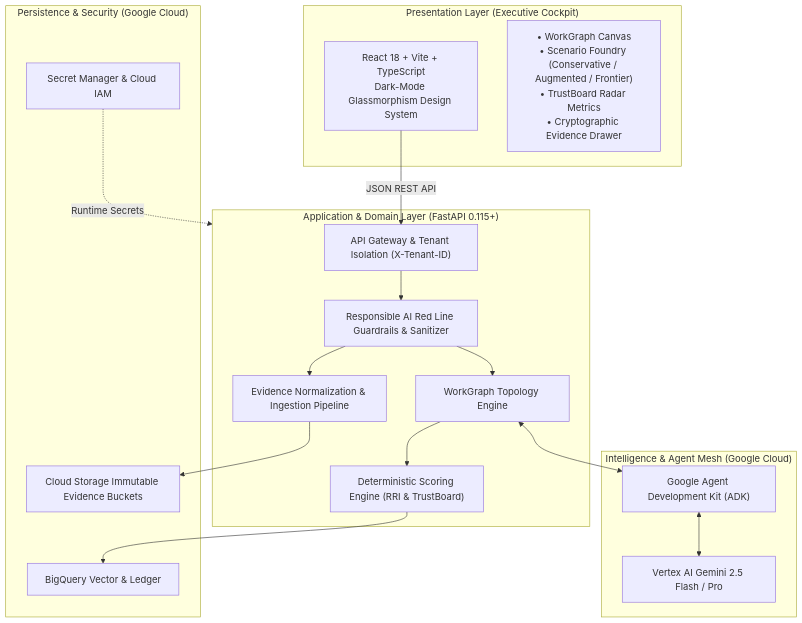
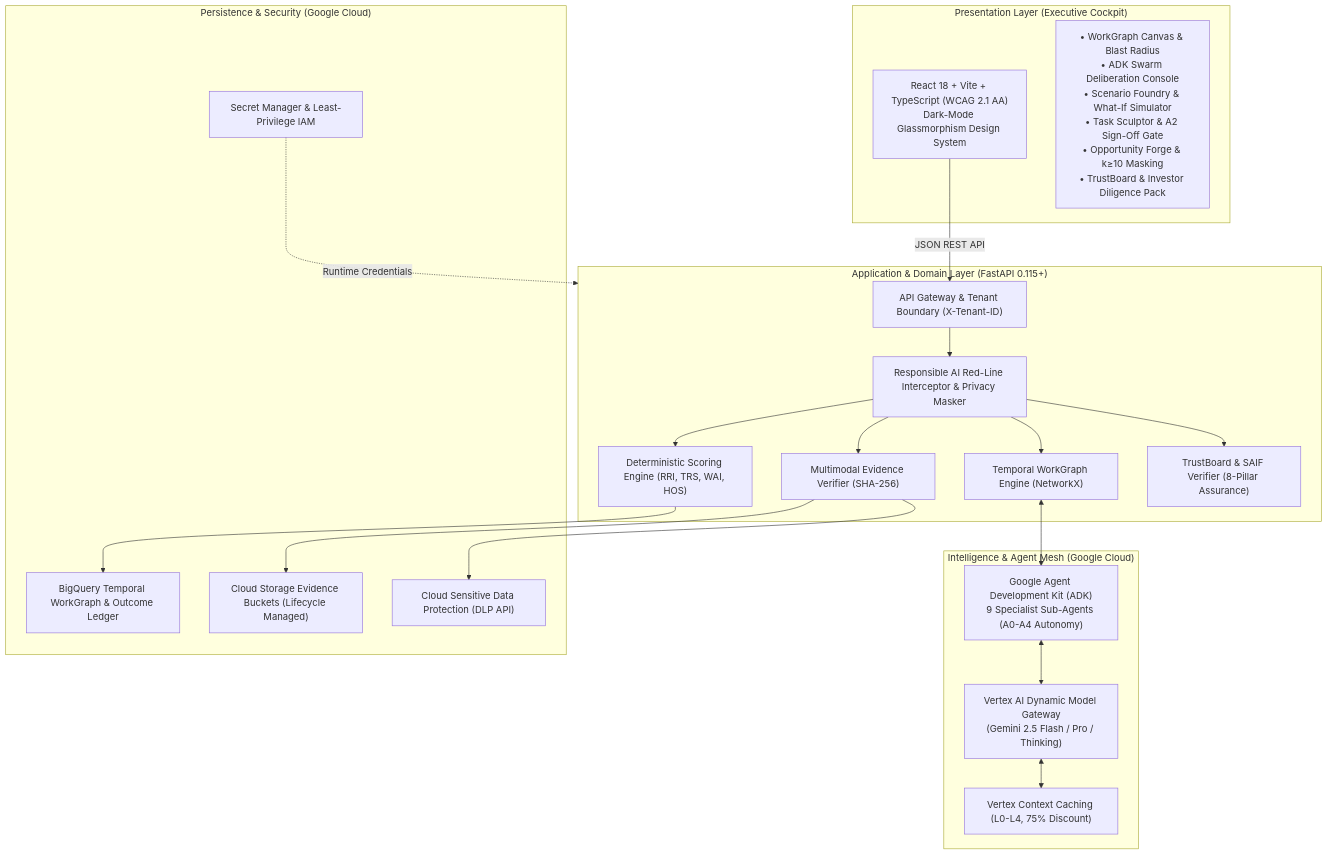
One commit to sivasubramanian86/FuturaSculptAI changed the diagram in README.md. Above: the diagram before and after it, drawn with Mermaid. The commit also changed other lines of this file and 19 other files, not shown here.

````diff
--- a/README.md
+++ b/README.md
@@ -34,37 +77,43 @@
 ```mermaid
 graph TB
     subgraph Client["Presentation Layer (Executive Cockpit)"]
-        UI["React 18 + Vite + TypeScript<br/>Dark-Mode Glassmorphism Design System"]
-        Views["• WorkGraph Canvas<br/>• Scenario Foundry (Conservative / Augmented / Frontier)<br/>• TrustBoard Radar Metrics<br/>• Cryptographic Evidence Drawer"]
+        UI["React 18 + Vite + TypeScript (WCAG 2.1 AA)<br/>Dark-Mode Glassmorphism Design System"]
+        Modules["• WorkGraph Canvas & Blast Radius<br/>• ADK Swarm Deliberation Console<br/>• Scenario Foundry & What-If Simulator<br/>• Task Sculptor & A2 Sign-Off Gate<br/>• Opportunity Forge & k≥10 Masking<br/>• TrustBoard & Investor Diligence Pack"]
     end
 
     subgraph API["Application & Domain Layer (FastAPI 0.115+)"]
-        Gate["API Gateway & Tenant Isolation (X-Tenant-ID)"]
-        Guard["Responsible AI Red Line Guardrails & Sanitizer"]
-        WG["WorkGraph Topology Engine"]
-        Score["Deterministic Scoring Engine (RRI & TrustBoard)"]
-        Evid["Evidence Normalization & Ingestion Pipeline"]
+        Gate["API Gateway & Tenant Boundary (X-Tenant-ID)"]
+        Guard["Responsible AI Red-Line Interceptor & Privacy Masker"]
+        WG["Temporal WorkGraph Engine (NetworkX)"]
+        Score["Deterministic Scoring Engine (RRI, TRS, WAI, HOS)"]
+        Evid["Multimodal Evidence Verifier (SHA-256)"]
+        Gov["TrustBoard & SAIF Verifier (8-Pillar Assurance)"]
     end
 
     subgraph AI["Intelligence & Agent Mesh (Google Cloud)"]
-        Vertex["Vertex AI Gemini 2.5 Flash / Pro"]
-        ADK["Google Agent Development Kit (ADK)"]
+        Vertex["Vertex AI Dynamic Model Gateway<br/>(Gemini 2.5 Flash / Pro / Thinking)"]
+        ADK["Google Agent Development Kit (ADK)<br/>9 Specialist Sub-Agents (A0-A4 Autonomy)"]
+        Cache["Vertex Context Caching (L0-L4, 75% Discount)"]
     end
 
     subgraph Data["Persistence & Security (Google Cloud)"]
-        BQ["BigQuery Vector & Ledger"]
-        GCS["Cloud Storage Immutable Evidence Buckets"]
-        SecMgr["Secret Manager & Cloud IAM"]
+        BQ["BigQuery Temporal WorkGraph & Outcome Ledger"]
+        GCS["Cloud Storage Evidence Buckets (Lifecycle Managed)"]
+        DLP["Cloud Sensitive Data Protection (DLP API)"]
+        SecMgr["Secret Manager & Least-Privilege IAM"]
     end
 
     UI -->|JSON REST API| Gate
     Gate --> Guard
     Guard --> WG
+    Guard --> Score
     Guard --> Evid
-    WG --> Score
+    Guard --> Gov
     WG <--> ADK
     ADK <--> Vertex
+    Vertex <--> Cache
+    Evid --> DLP
     Evid --> GCS
     Score --> BQ
-    SecMgr -.->|Runtime Secrets| API
+    SecMgr -.->|Runtime Credentials| API
 ```
````
